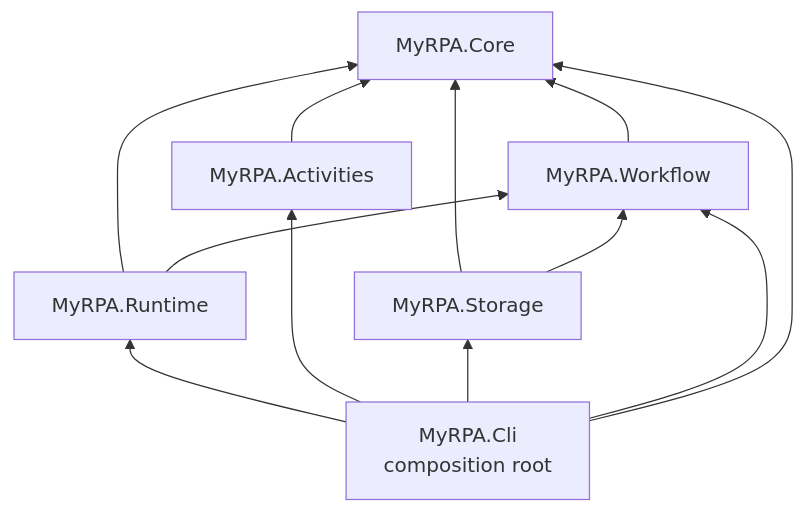
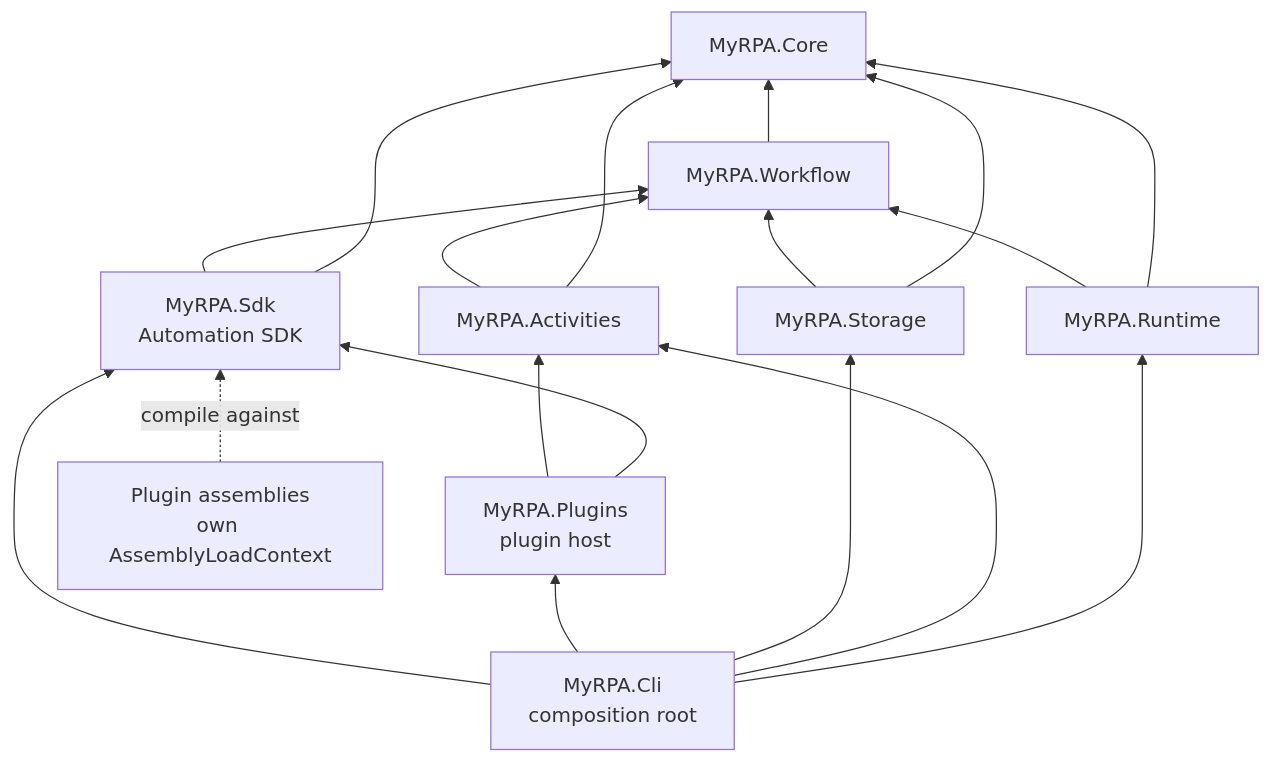
Before and after one commit to Ichwankurniawan/MY-RPA: the diagram in docs/architecture/overview.md, drawn with Mermaid. The commit also changed other lines of this file and 218 other files, not shown here.

````diff
--- a/docs/architecture/overview.md
+++ b/docs/architecture/overview.md
@@ -35,15 +64,21 @@
 ```mermaid
 graph BT
     Core[MyRPA.Core]
     Workflow[MyRPA.Workflow] --> Core
     Activities[MyRPA.Activities] --> Core
+    Activities --> Workflow
     Runtime[MyRPA.Runtime] --> Core
     Runtime --> Workflow
     Storage[MyRPA.Storage] --> Core
     Storage --> Workflow
+    Sdk[MyRPA.Sdk<br/>Automation SDK] --> Core
+    Sdk --> Workflow
+    Plugins[MyRPA.Plugins<br/>plugin host] --> Sdk
+    Plugins --> Activities
     Cli[MyRPA.Cli<br/>composition root] --> Runtime
     Cli --> Activities
     Cli --> Storage
-    Cli --> Workflow
-    Cli --> Core
+    Cli --> Plugins
+    Cli --> Sdk
+    PluginAsm[Plugin assemblies<br/>own AssemblyLoadContext] -.->|compile against| Sdk
 ```
````
